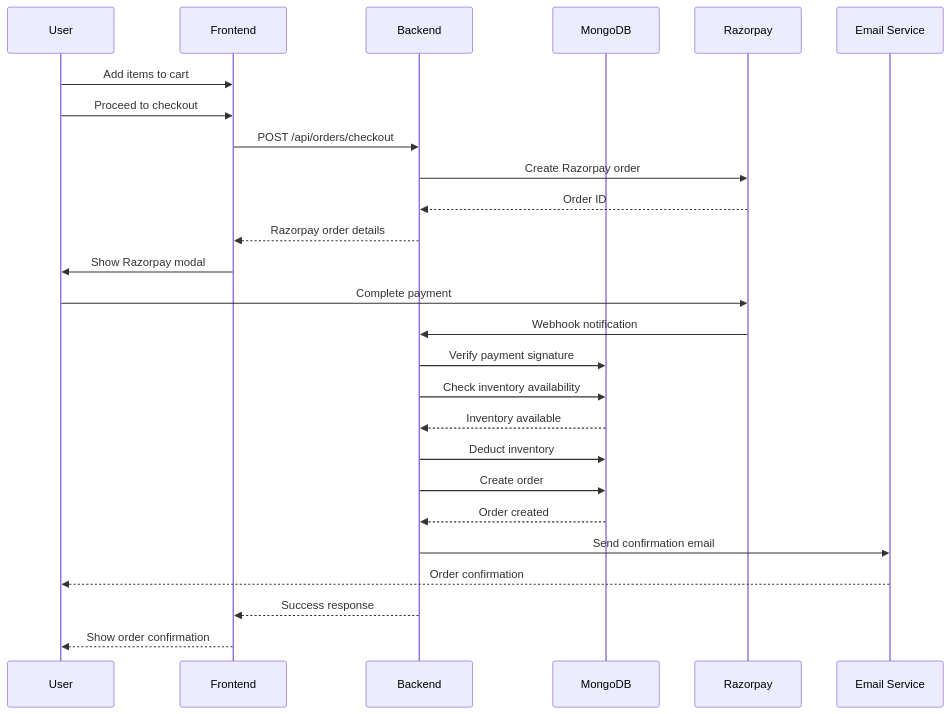
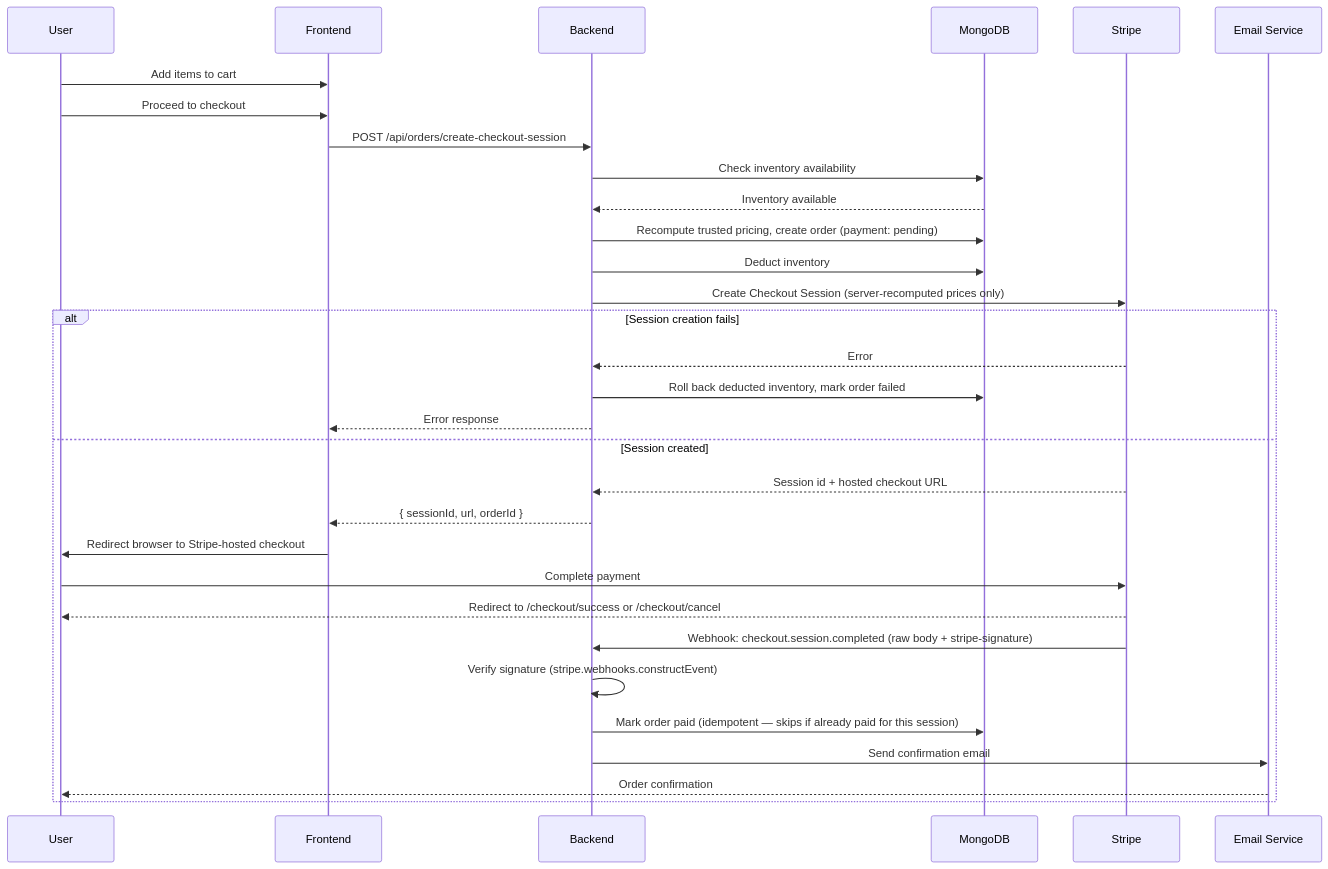
The fourth of 9 diagrams in docs/ARCHITECTURE.md (itxSaaad/pizza-palette-app-mern-OIBSIP-task-1), drawn with Mermaid before and after one commit. The commit also changed other lines of this file and 10 other files, not shown here.

First line of the commit message:
docs: rewrite Razorpay content for Stripe, fix fictional error codes, add missing files

````diff
--- a/docs/ARCHITECTURE.md
+++ b/docs/ARCHITECTURE.md
@@ -288,29 +289,34 @@
 ```mermaid
 sequenceDiagram
     participant U as User
     participant F as Frontend
     participant B as Backend
     participant DB as MongoDB
-    participant R as Razorpay
+    participant S as Stripe
     participant E as Email Service
-    
+
     U->>F: Add items to cart
     U->>F: Proceed to checkout
-    F->>B: POST /api/orders/checkout
-    B->>R: Create Razorpay order
-    R-->>B: Order ID
-    B-->>F: Razorpay order details
-    F->>U: Show Razorpay modal
-    U->>R: Complete payment
-    R->>B: Webhook notification
-    B->>DB: Verify payment signature
+    F->>B: POST /api/orders/create-checkout-session
     B->>DB: Check inventory availability
     DB-->>B: Inventory available
+    B->>DB: Recompute trusted pricing, create order (payment: pending)
     B->>DB: Deduct inventory
-    B->>DB: Create order
-    DB-->>B: Order created
-    B->>E: Send confirmation email
-    E-->>U: Order confirmation
-    B-->>F: Success response
-    F-->>U: Show order confirmation
+    B->>S: Create Checkout Session (server-recomputed prices only)
+    alt Session creation fails
+        S-->>B: Error
+        B->>DB: Roll back deducted inventory, mark order failed
+        B-->>F: Error response
+    else Session created
+        S-->>B: Session id + hosted checkout URL
+        B-->>F: { sessionId, url, orderId }
+        F->>U: Redirect browser to Stripe-hosted checkout
+        U->>S: Complete payment
+        S-->>U: Redirect to /checkout/success or /checkout/cancel
+        S->>B: Webhook: checkout.session.completed (raw body + stripe-signature)
+        B->>B: Verify signature (stripe.webhooks.constructEvent)
+        B->>DB: Mark order paid (idempotent — skips if already paid for this session)
+        B->>E: Send confirmation email
+        E-->>U: Order confirmation
+    end
 ```
````
